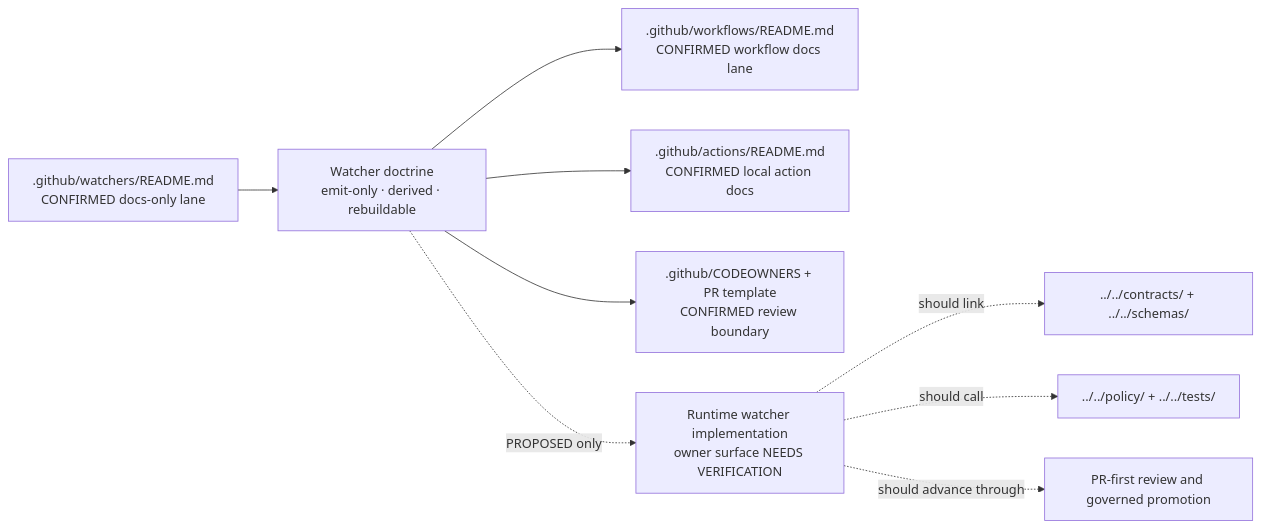
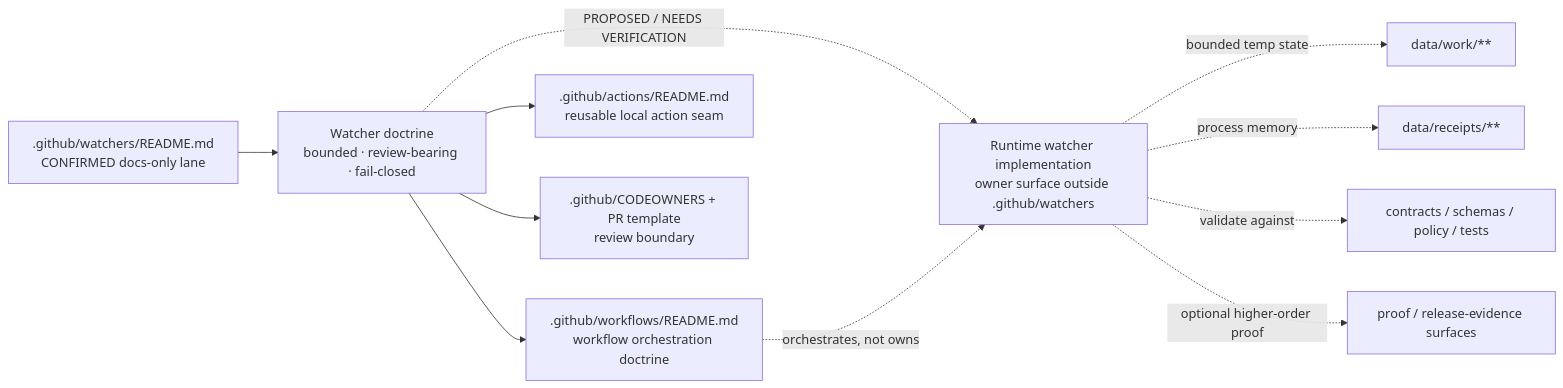
Before and after one commit to bartytime4life/Kansas-Frontier-Matrix: the diagram in .github/watchers/README.md, drawn with Mermaid. The commit also changed other lines of this file, not shown here.

First line of the commit message:
Revise watcher README for clarity and updates

````diff
--- a/.github/watchers/README.md
+++ b/.github/watchers/README.md
@@ -268,13 +390,15 @@
 ```mermaid
 flowchart LR
-    A[".github/watchers/README.md<br/>CONFIRMED docs-only lane"] --> B["Watcher doctrine<br/>emit-only · derived · rebuildable"]
+    A[".github/watchers/README.md<br/>CONFIRMED docs-only lane"] --> B["Watcher doctrine<br/>bounded · review-bearing · fail-closed"]
 
-    B --> C[".github/workflows/README.md<br/>CONFIRMED workflow docs lane"]
-    B --> D[".github/actions/README.md<br/>CONFIRMED local action docs"]
-    B --> E[".github/CODEOWNERS + PR template<br/>CONFIRMED review boundary"]
+    B --> C[".github/workflows/README.md<br/>workflow orchestration doctrine"]
+    B --> D[".github/actions/README.md<br/>reusable local action seam"]
+    B --> E[".github/CODEOWNERS + PR template<br/>review boundary"]
 
-    B -. PROPOSED only .-> F["Runtime watcher implementation<br/>owner surface NEEDS VERIFICATION"]
-    F -. should link .-> G["../../contracts/ + ../../schemas/"]
-    F -. should call .-> H["../../policy/ + ../../tests/"]
-    F -. should advance through .-> I["PR-first review and governed promotion"]
+    B -. PROPOSED / NEEDS VERIFICATION .-> F["Runtime watcher implementation<br/>owner surface outside .github/watchers"]
+    F -. bounded temp state .-> G["data/work/**"]
+    F -. process memory .-> H["data/receipts/**"]
+    F -. validate against .-> I["contracts / schemas / policy / tests"]
+    F -. optional higher-order proof .-> J["proof / release-evidence surfaces"]
+    C -. orchestrates, not owns .-> F
 ```
````
